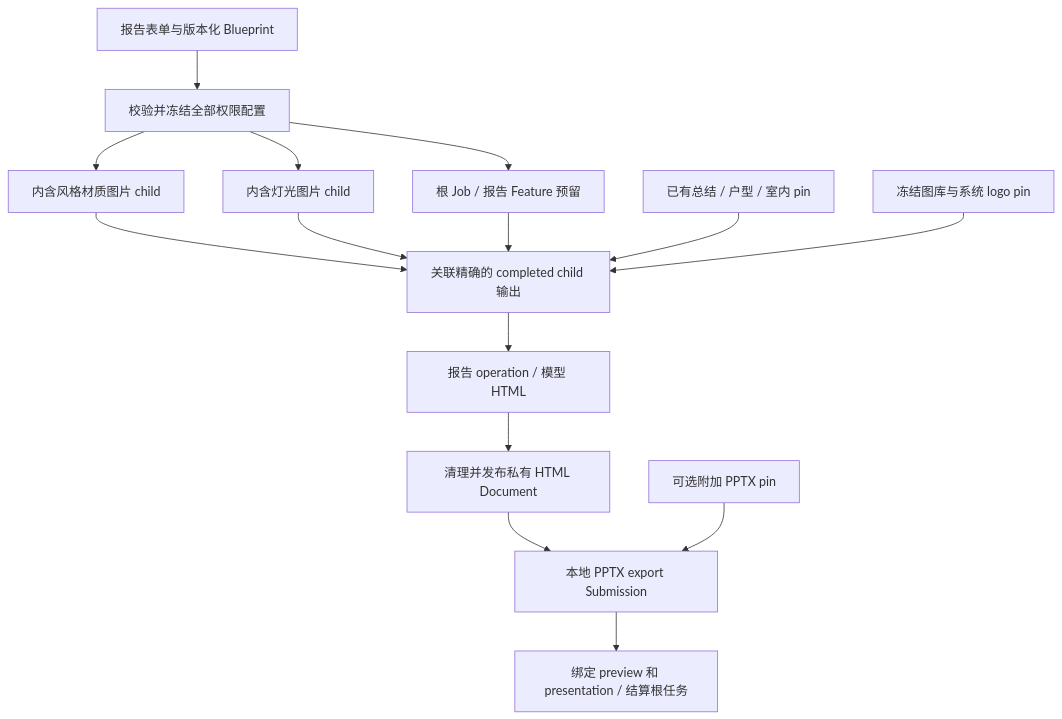
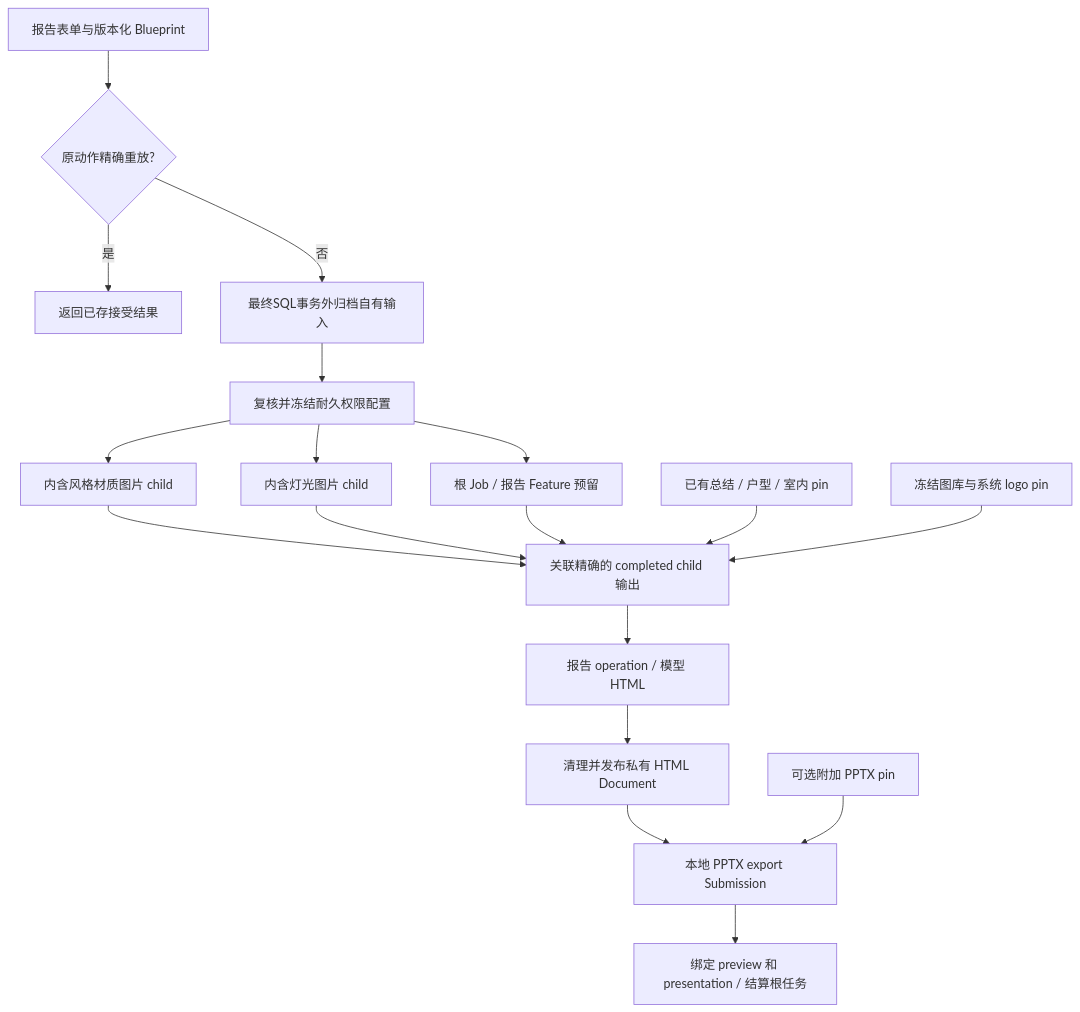
One commit to Orientation-CD/docs changed the first of 2 diagrams in zh/reference/flows/report-view-flow.md. Above: the diagram before and after it, drawn with Mermaid. The commit also changed other lines of this file and 187 other files, not shown here.

````diff
--- a/zh/reference/flows/report-view-flow.md
+++ b/zh/reference/flows/report-view-flow.md
@@ -23,17 +25,20 @@
 ```mermaid
 flowchart TD
-  UI[报告表单与版本化 Blueprint] --> A[校验并冻结全部权限配置]
+  UI[报告表单与版本化 Blueprint] --> REPLAY{原动作精确重放?}
+  REPLAY -->|是| OLD[返回已存接受结果]
+  REPLAY -->|否| ARCH[最终SQL事务外归档自有输入]
+  ARCH --> A[复核并冻结耐久权限配置]
   A --> ROOT[根 Job / 报告 Feature 预留]
   A --> C1[内含风格材质图片 child]
   A --> C2[内含灯光图片 child]
   C1 --> JOIN[关联精确的 completed child 输出]
   C2 --> JOIN
   ROOT --> JOIN
   EXIST[已有总结 / 户型 / 室内 pin] --> JOIN
   GALLERY[冻结图库与系统 logo pin] --> JOIN
   JOIN --> REPORT[报告 operation / 模型 HTML]
   REPORT --> CLEAN[清理并发布私有 HTML Document]
   CLEAN --> EXPORT[本地 PPTX export Submission]
   APPEND[可选附加 PPTX pin] --> EXPORT
   EXPORT --> FINISH[绑定 preview 和 presentation / 结算根任务]
 ```
````
